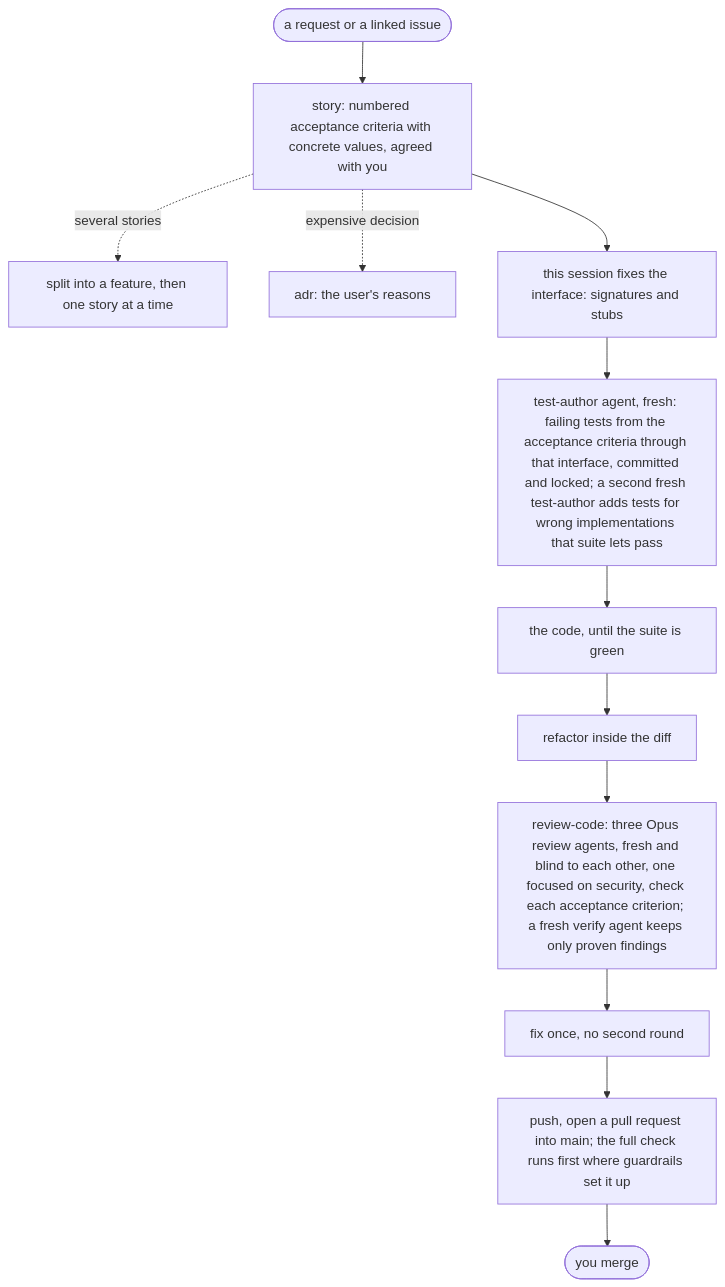
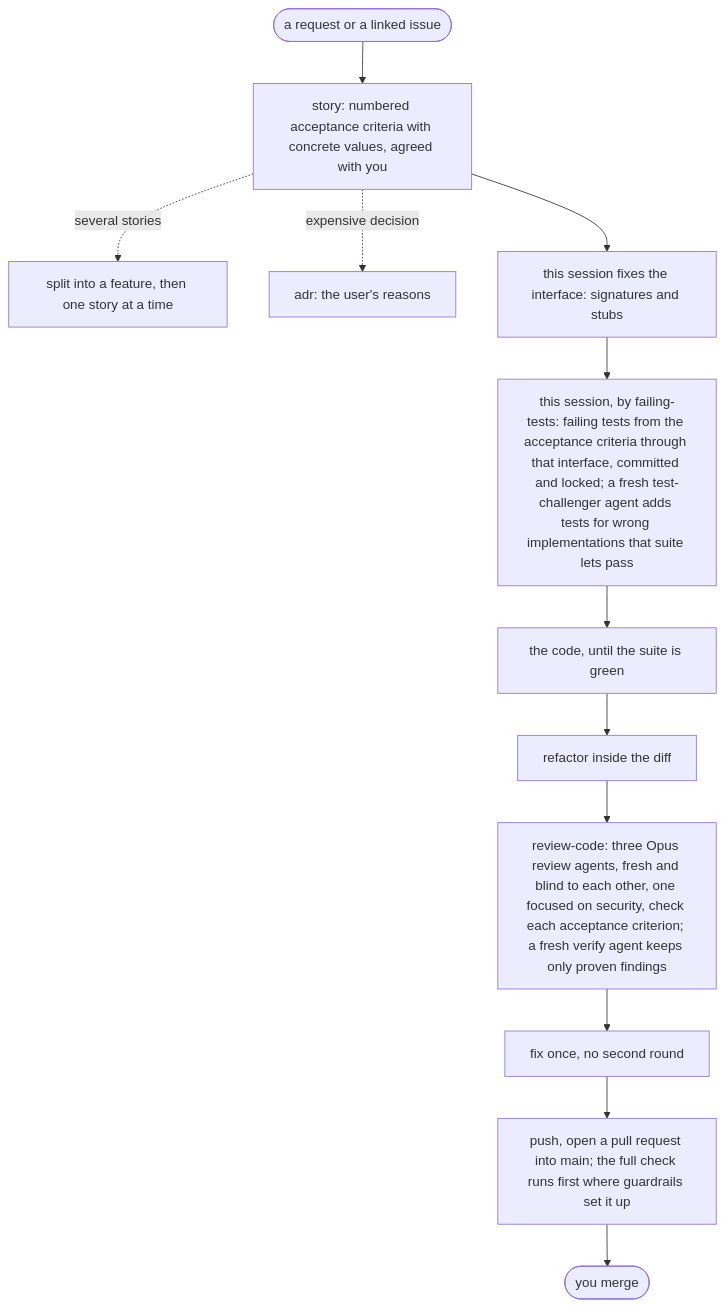
One commit to DaveBben/skills changed the diagram in plugins/SDLC/README.md. Above: the diagram before and after it, drawn with Mermaid. The commit also changed other lines of this file and 8 other files, not shown here.

Commit message:
SDLC 20.0.0: the session writes its own failing tests by the new failing-tests skill; test-author becomes test-challenger, which keeps only the challenge (#7)

````diff
--- a/plugins/SDLC/README.md
+++ b/plugins/SDLC/README.md
@@ -21,14 +22,14 @@
 ```mermaid
 flowchart TD
     REQ([a request or a linked issue]) --> CASES[story: numbered acceptance criteria with concrete values, agreed with you]
     CASES -. several stories .-> SP[split into a feature, then one story at a time]
     CASES -. expensive decision .-> ARC[adr: the user's reasons]
     CASES --> IF[this session fixes the interface: signatures and stubs]
-    IF --> RED[test-author agent, fresh: failing tests from the acceptance criteria through that interface, committed and locked; a second fresh test-author adds tests for wrong implementations that suite lets pass]
+    IF --> RED[this session, by failing-tests: failing tests from the acceptance criteria through that interface, committed and locked; a fresh test-challenger agent adds tests for wrong implementations that suite lets pass]
     RED --> BLD[the code, until the suite is green]
     BLD --> REF[refactor inside the diff]
     REF --> REV[review-code: three Opus review agents, fresh and blind to each other, one focused on security, check each acceptance criterion; a fresh verify agent keeps only proven findings]
     REV --> FIX[fix once, no second round]
     FIX --> PR[push, open a pull request into main; the full check runs first where guardrails set it up]
     PR --> MRG([you merge])
 ```
````
